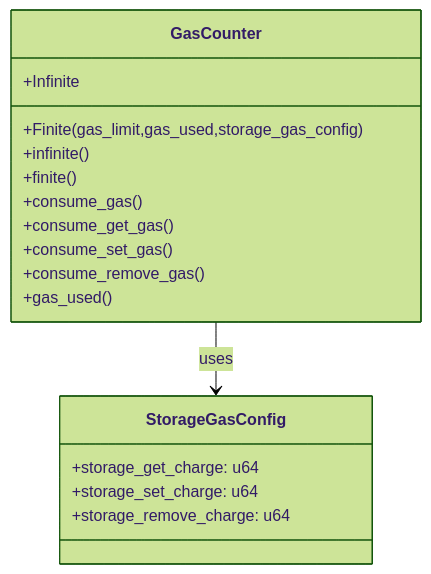
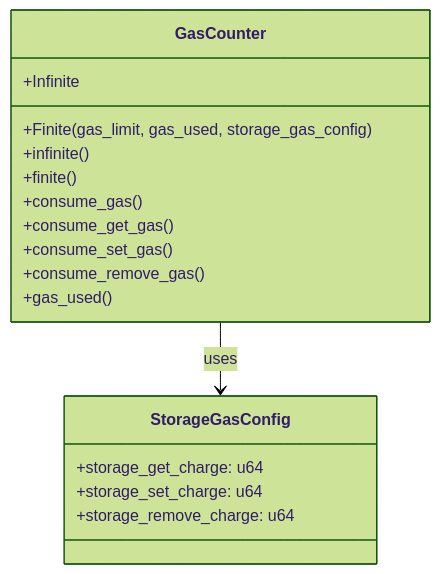
One commit to evstack/ev-rs changed the third of 9 diagrams in crates/app/runtime/stf/README.md. Above: the diagram before and after it, drawn with Mermaid (forest theme). The commit also changed other lines of this file and 32 other files, not shown here.

````diff
--- a/crates/app/runtime/stf/README.md
+++ b/crates/app/runtime/stf/README.md
@@ -125,22 +125,22 @@
 ```mermaid
 classDiagram
     class GasCounter {
         +Infinite
-        +Finite(gas_limit,gas_used,storage_gas_config)
+        +Finite(gas_limit, gas_used, storage_gas_config)
         +infinite()
         +finite()
         +consume_gas()
         +consume_get_gas()
         +consume_set_gas()
         +consume_remove_gas()
         +gas_used()
     }
-    
+
     class StorageGasConfig {
         +storage_get_charge: u64
         +storage_set_charge: u64
         +storage_remove_charge: u64
     }
-    
+
     GasCounter --> StorageGasConfig: uses
 ```
````
